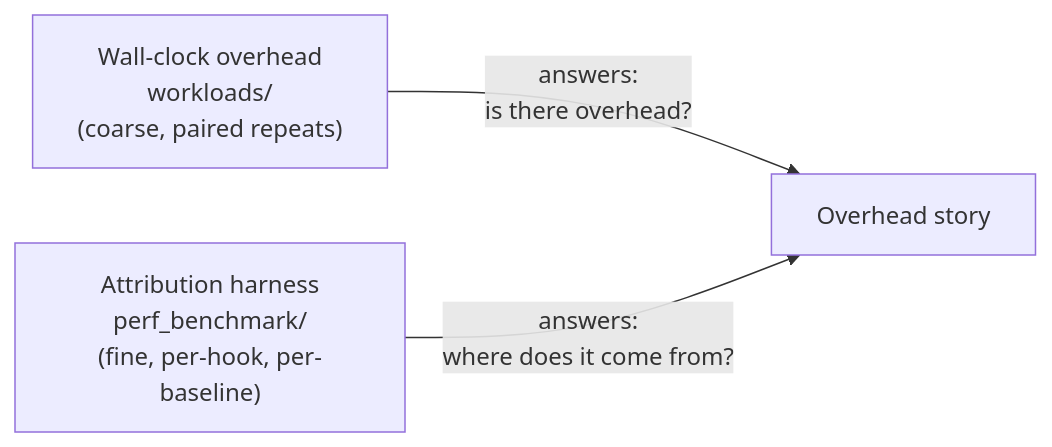
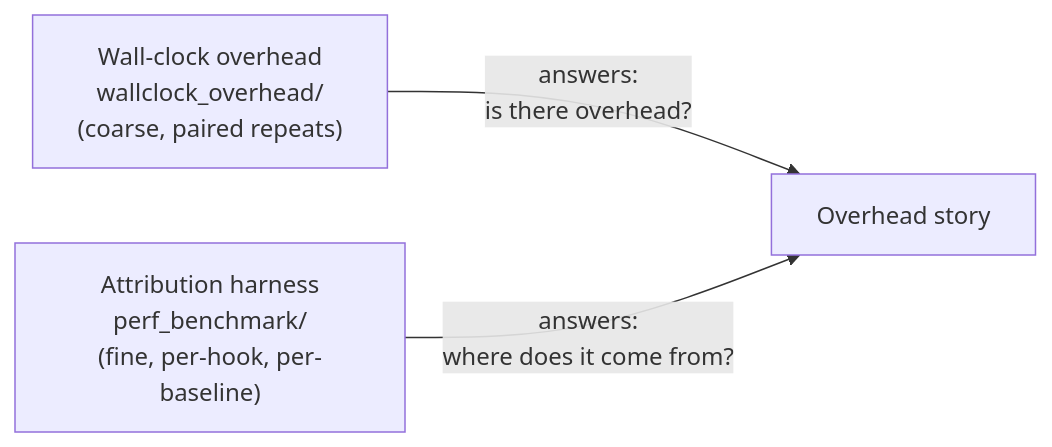
The diagram in benchmarking/README.md (traceopt-ai/traceml), drawn with Mermaid before and after one commit. The commit also changed other lines of this file and 28 other files, not shown here.

Commit message:
benchmarking: rename workloads/->wallclock_overhead/, analysis/->reports/; rewrite overview README with full campaign configs

````diff
--- a/benchmarking/README.md
+++ b/benchmarking/README.md
@@ -7,5 +11,5 @@
 ```mermaid
 flowchart LR
-    A["Wall-clock overhead<br/>workloads/<br/>(coarse, paired repeats)"] -->|"answers:<br/>is there overhead?"| C[Overhead story]
+    A["Wall-clock overhead<br/>wallclock_overhead/<br/>(coarse, paired repeats)"] -->|"answers:<br/>is there overhead?"| C[Overhead story]
     B["Attribution harness<br/>perf_benchmark/<br/>(fine, per-hook, per-baseline)"] -->|"answers:<br/>where does it come from?"| C
 ```
````
